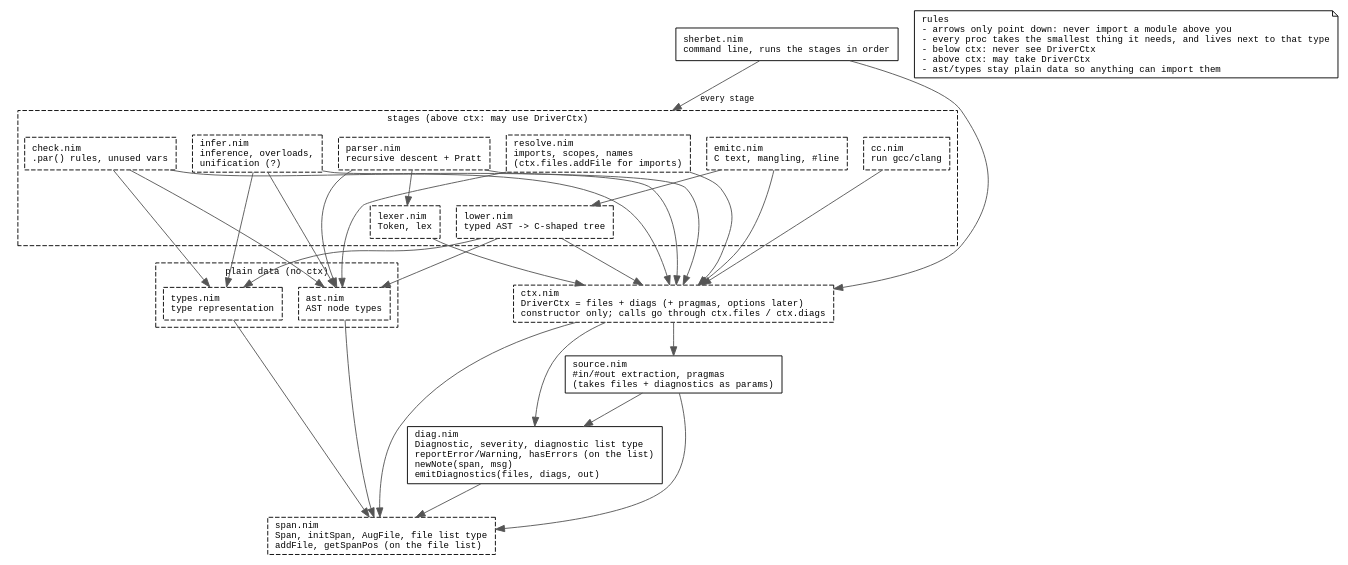
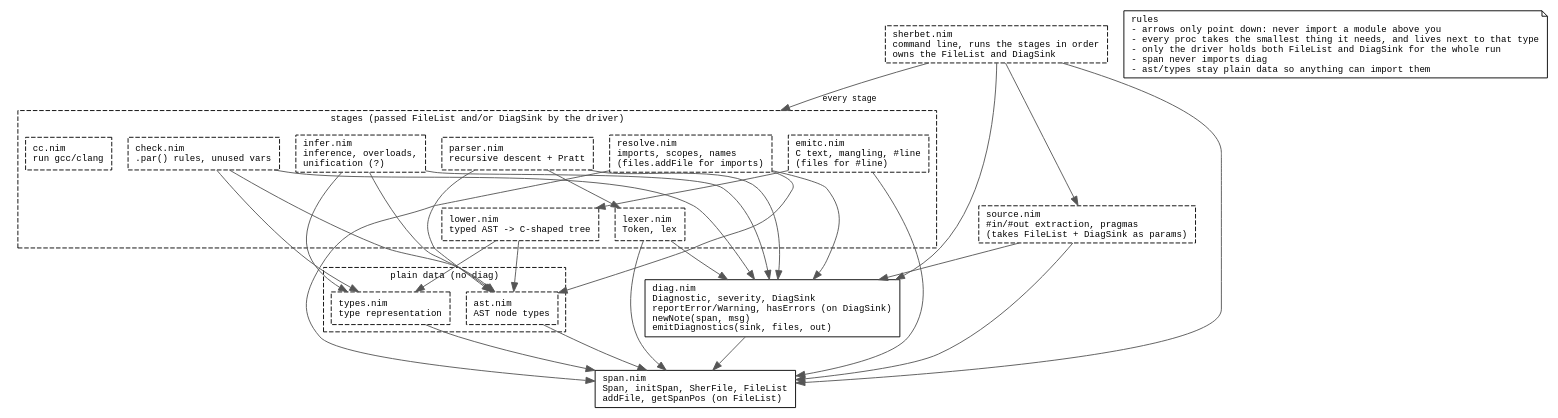
Before and after one commit to storchdev/sherbet-lang: the diagram in modules.gv, drawn with Graphviz.

Commit message:
Update modules graph

```diff
--- a/modules.gv
+++ b/modules.gv
@@ -1,65 +1,62 @@
 // Module import graph for src/. An arrow A -> B means "A imports B".
 // Solid box: file exists. Dashed box: planned.
 // Render: dot -Tsvg modules.gv -o modules.svg
 
 digraph modules {
   rankdir=TB;
   compound=true;  // lets one edge point at a whole cluster
   node [shape=box, fontname="monospace", fontsize=10];
   edge [color="#555555"];
 
   // ---- driver ----
-  sherbet [label="sherbet.nim\lcommand line, runs the stages in order\l"];
+  sherbet [style=dashed, label="sherbet.nim\lcommand line, runs the stages in order\lowns the FileList and DiagSink\l"];
 
-  // ---- stages: may take DriverCtx ----
+  // ---- stages: receive only the FileList and/or DiagSink they need ----
   subgraph cluster_stages {
-    label="stages (above ctx: may use DriverCtx)";
+    label="stages (passed FileList and/or DiagSink by the driver)";
     style=dashed; fontname="monospace"; fontsize=10;
     lexer   [style=dashed, label="lexer.nim\lToken, lex\l"];
     parser  [style=dashed, label="parser.nim\lrecursive descent + Pratt\l"];
-    resolve [style=dashed, label="resolve.nim\limports, scopes, names\l(ctx.files.addFile for imports)\l"];
+    resolve [style=dashed, label="resolve.nim\limports, scopes, names\l(files.addFile for imports)\l"];
     infer   [style=dashed, label="infer.nim\linference, overloads,\lunification (?)\l"];
     check   [style=dashed, label="check.nim\l.par() rules, unused vars\l"];
     lower   [style=dashed, label="lower.nim\ltyped AST -> C-shaped tree\l"];
-    emitc   [style=dashed, label="emitc.nim\lC text, mangling, #line\l"];
+    emitc   [style=dashed, label="emitc.nim\lC text, mangling, #line\l(files for #line)\l"];
     cc      [style=dashed, label="cc.nim\lrun gcc/clang\l"];
   }
 
-  // ---- plain data: no ctx, no diag ----
+  // ---- plain data: no diag ----
   subgraph cluster_data {
-    label="plain data (no ctx)";
+    label="plain data (no diag)";
     style=dashed; fontname="monospace"; fontsize=10;
     ast   [style=dashed, label="ast.nim\lAST node types\l"];
     types [style=dashed, label="types.nim\ltype representation\l"];
   }
 
-  // ---- core: below ctx, never sees DriverCtx ----
-  ctx    [style=dashed, label="ctx.nim\lDriverCtx = files + diags (+ pragmas, options later)\lconstructor only; calls go through ctx.files / ctx.diags\l"];
-  source [label="source.nim\l#in/#out extraction, pragmas\l(takes files + diagnostics as params)\l"];
-  diag   [label="diag.nim\lDiagnostic, severity, diagnostic list type\lreportError/Warning, hasErrors (on the list)\lnewNote(span, msg)\lemitDiagnostics(files, diags, out)\l"];
-  span   [style=dashed, label="span.nim\lSpan, initSpan, AugFile, file list type\laddFile, getSpanPos (on the file list)\l"];
+  // ---- core ----
+  source [style=dashed, label="source.nim\l#in/#out extraction, pragmas\l(takes FileList + DiagSink as params)\l"];
+  diag   [label="diag.nim\lDiagnostic, severity, DiagSink\lreportError/Warning, hasErrors (on DiagSink)\lnewNote(span, msg)\lemitDiagnostics(sink, files, out)\l"];
+  span   [label="span.nim\lSpan, initSpan, SherFile, FileList\laddFile, getSpanPos (on FileList)\l"];
 
   // ---- edges ----
   // sherbet imports every stage; drawn as one edge into the cluster
   sherbet -> resolve [lhead=cluster_stages, label=" every stage", fontname="monospace", fontsize=9];
-  sherbet -> ctx;
+  sherbet -> {source diag span};
 
-  lexer   -> ctx;
-  parser  -> {ctx lexer ast};
-  resolve -> {ctx ast};
-  infer   -> {ctx ast types};
-  check   -> {ctx ast types};
-  lower   -> {ctx ast types};
-  emitc   -> {ctx lower};
-  cc      -> ctx;
+  lexer   -> {diag span};
+  parser  -> {diag lexer ast};
+  resolve -> {diag span ast};
+  infer   -> {diag ast types};
+  check   -> {diag ast types};
+  lower   -> {ast types};
+  emitc   -> {span lower};
 
   ast   -> span;
   types -> span;
 
-  ctx    -> {source diag span};
   source -> {diag span};
   diag   -> span;
 
   // ---- rules ----
-  rules [shape=note, label="rules\l- arrows only point down: never import a module above you\l- every proc takes the smallest thing it needs, and lives next to that type\l- below ctx: never see DriverCtx\l- above ctx: may take DriverCtx\l- ast/types stay plain data so anything can import them\l"];
+  rules [shape=note, label="rules\l- arrows only point down: never import a module above you\l- every proc takes the smallest thing it needs, and lives next to that type\l- only the driver holds both FileList and DiagSink for the whole run\l- span never imports diag\l- ast/types stay plain data so anything can import them\l"];
 }
```
